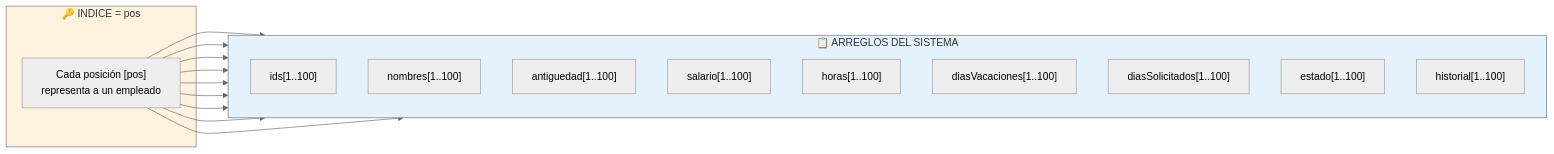
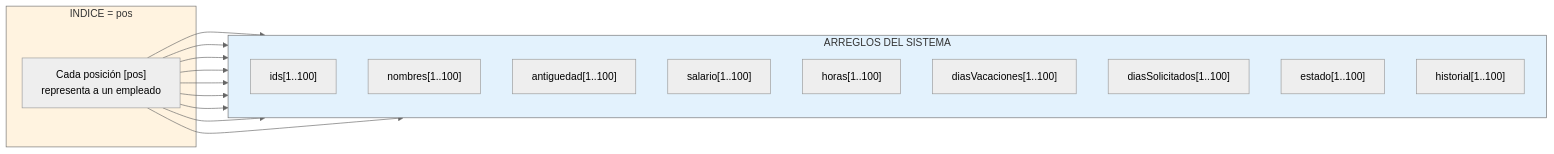
Before and after one commit to Jositz/Sistema-Gestion-Recursos-Humanos: the fifth of 6 diagrams in Diagrama_Flujo_Sistema.md, drawn with Mermaid (neutral theme). The commit also changed other lines of this file, not shown here.

````diff
--- a/Diagrama_Flujo_Sistema.md
+++ b/Diagrama_Flujo_Sistema.md
@@ -352,32 +352,32 @@
 ```mermaid
 flowchart LR
-    subgraph ARRAYS ["📋 ARREGLOS DEL SISTEMA"]
+    subgraph ARRAYS [" ARREGLOS DEL SISTEMA"]
         direction TB
         A1["ids[1..100]"]
         A2["nombres[1..100]"]
         A3["antiguedad[1..100]"]
         A4["salario[1..100]"]
         A5["horas[1..100]"]
         A6["diasVacaciones[1..100]"]
         A7["diasSolicitados[1..100]"]
         A8["estado[1..100]"]
         A9["historial[1..100]"]
     end
 
-    subgraph INDICE ["🔑 INDICE = pos"]
+    subgraph INDICE [" INDICE = pos"]
         POS["Cada posición [pos]\nrepresenta a un empleado"]
     end
 
     POS --> A1
     POS --> A2
     POS --> A3
     POS --> A4
     POS --> A5
     POS --> A6
     POS --> A7
     POS --> A8
     POS --> A9
 
     style ARRAYS fill:#E3F2FD
     style INDICE fill:#FFF3E0
 ```
````
